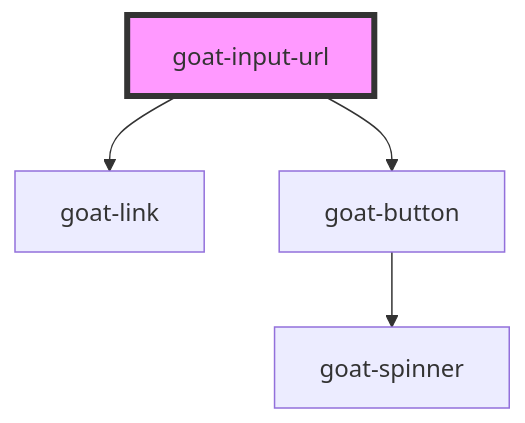
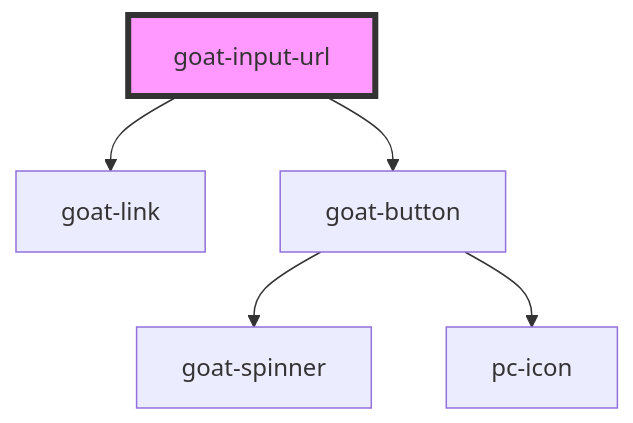
The diagram in src/components/input-controls/input/input-url/readme.md (redvars/peacock), drawn with Mermaid before and after one commit. The commit also changed 64 other files, not shown here.

Commit message:
icon migrate from goat to peacock

````diff
--- a/src/components/input-controls/input/input-url/readme.md
+++ b/src/components/input-controls/input/input-url/readme.md
@@ -93,7 +93,8 @@
 ```mermaid
 graph TD;
   goat-input-url --> goat-link
   goat-input-url --> goat-button
   goat-button --> goat-spinner
+  goat-button --> pc-icon
   style goat-input-url fill:#f9f,stroke:#333,stroke-width:4px
 ```
````
